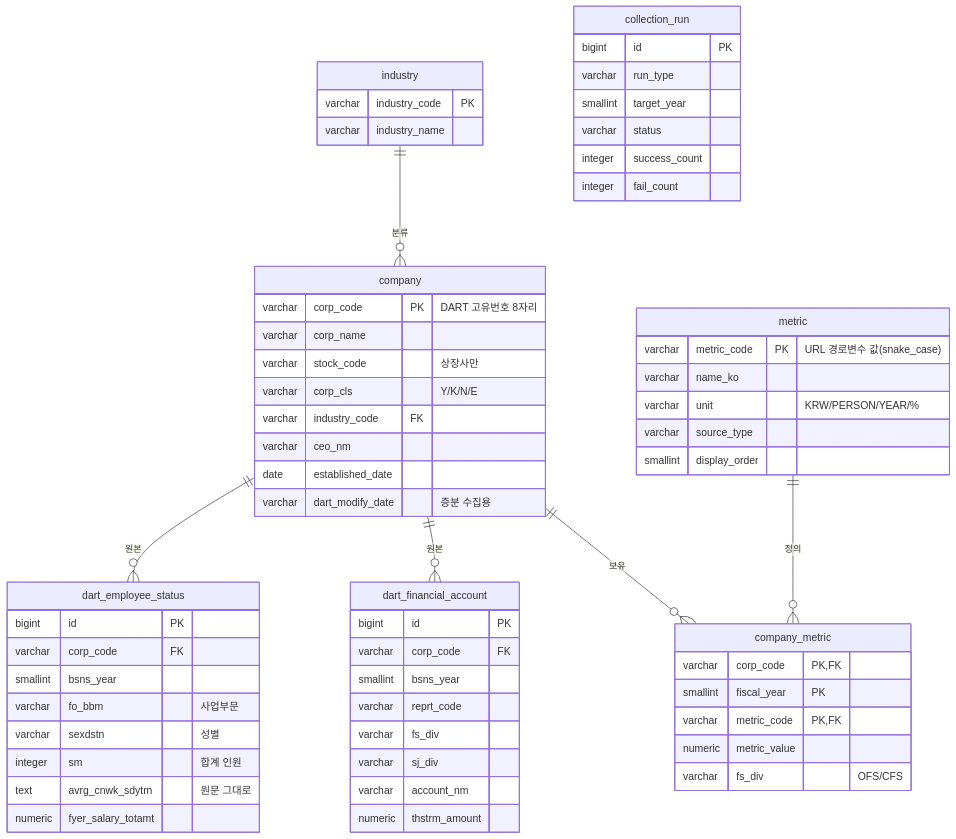
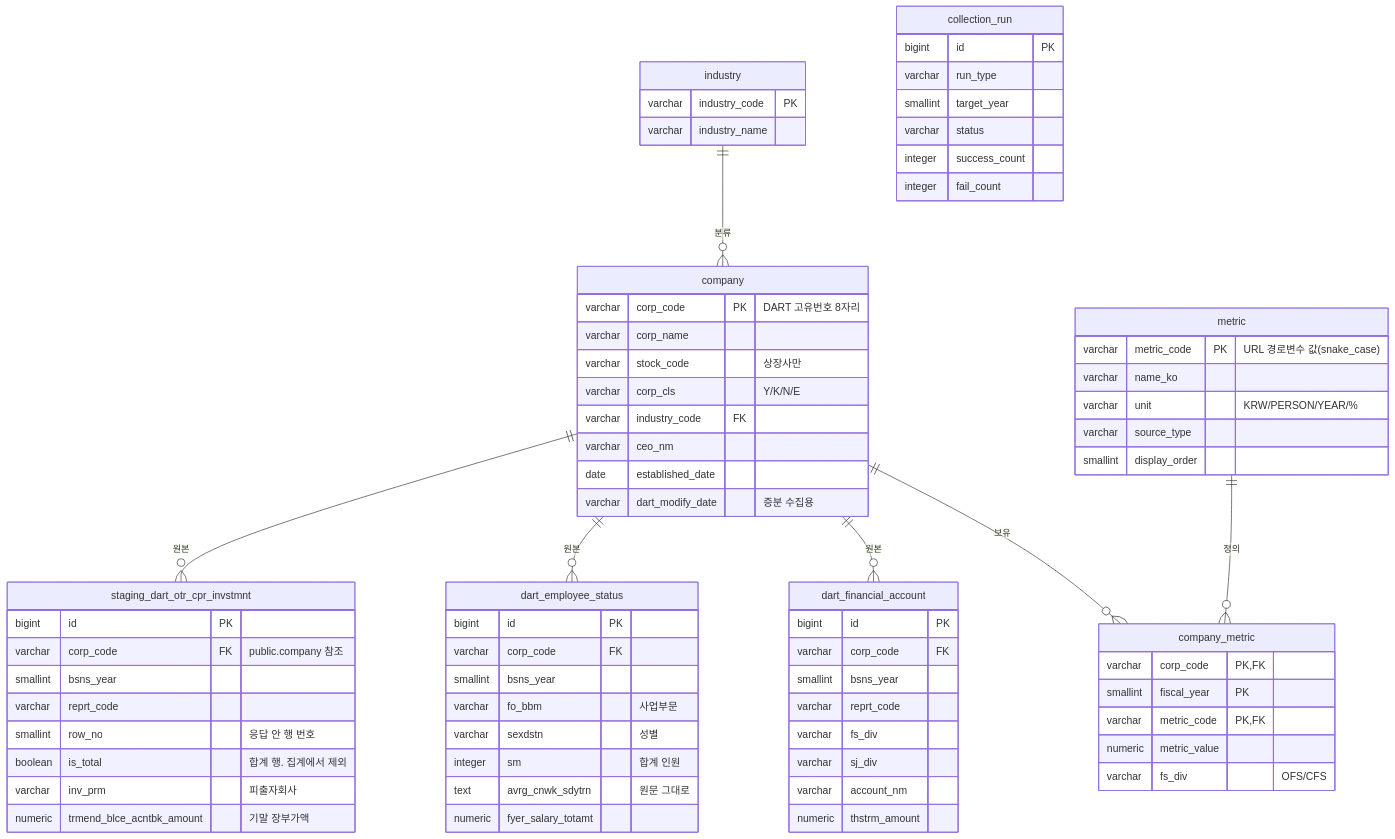
The diagram in docs/design/db-schema.md (Apple7575/Fit), drawn with Mermaid before and after one commit. The commit also changed other lines of this file and 1 other file, not shown here.

````diff
--- a/docs/design/db-schema.md
+++ b/docs/design/db-schema.md
@@ -29,65 +29,76 @@
 ```mermaid
 erDiagram
     industry ||--o{ company : "분류"
     company  ||--o{ company_metric : "보유"
     metric   ||--o{ company_metric : "정의"
     company  ||--o{ dart_financial_account : "원본"
     company  ||--o{ dart_employee_status : "원본"
+    company  ||--o{ staging_dart_otr_cpr_invstmnt : "원본"
 
     industry {
         varchar industry_code PK
         varchar industry_name
     }
     company {
         varchar corp_code PK "DART 고유번호 8자리"
         varchar corp_name
         varchar stock_code "상장사만"
         varchar corp_cls "Y/K/N/E"
         varchar industry_code FK
         varchar ceo_nm
         date established_date
         varchar dart_modify_date "증분 수집용"
     }
     metric {
         varchar metric_code PK "URL 경로변수 값(snake_case)"
         varchar name_ko
         varchar unit "KRW/PERSON/YEAR/%"
         varchar source_type
         smallint display_order
     }
     company_metric {
         varchar corp_code PK,FK
         smallint fiscal_year PK
         varchar metric_code PK,FK
         numeric metric_value
         varchar fs_div "OFS/CFS"
     }
     dart_financial_account {
         bigint id PK
         varchar corp_code FK
         smallint bsns_year
         varchar reprt_code
         varchar fs_div
         varchar sj_div
         varchar account_nm
         numeric thstrm_amount
     }
     dart_employee_status {
         bigint id PK
         varchar corp_code FK
         smallint bsns_year
         varchar fo_bbm "사업부문"
         varchar sexdstn "성별"
         integer sm "합계 인원"
         text avrg_cnwk_sdytrn "원문 그대로"
         numeric fyer_salary_totamt
     }
     collection_run {
         bigint id PK
         varchar run_type
         smallint target_year
         varchar status
         integer success_count
         integer fail_count
     }
+    staging_dart_otr_cpr_invstmnt {
+        bigint id PK
+        varchar corp_code FK "public.company 참조"
+        smallint bsns_year
+        varchar reprt_code
+        smallint row_no "응답 안 행 번호"
+        boolean is_total "합계 행. 집계에서 제외"
+        varchar inv_prm "피출자회사"
+        numeric trmend_blce_acntbk_amount "기말 장부가액"
+    }
 ```
````
